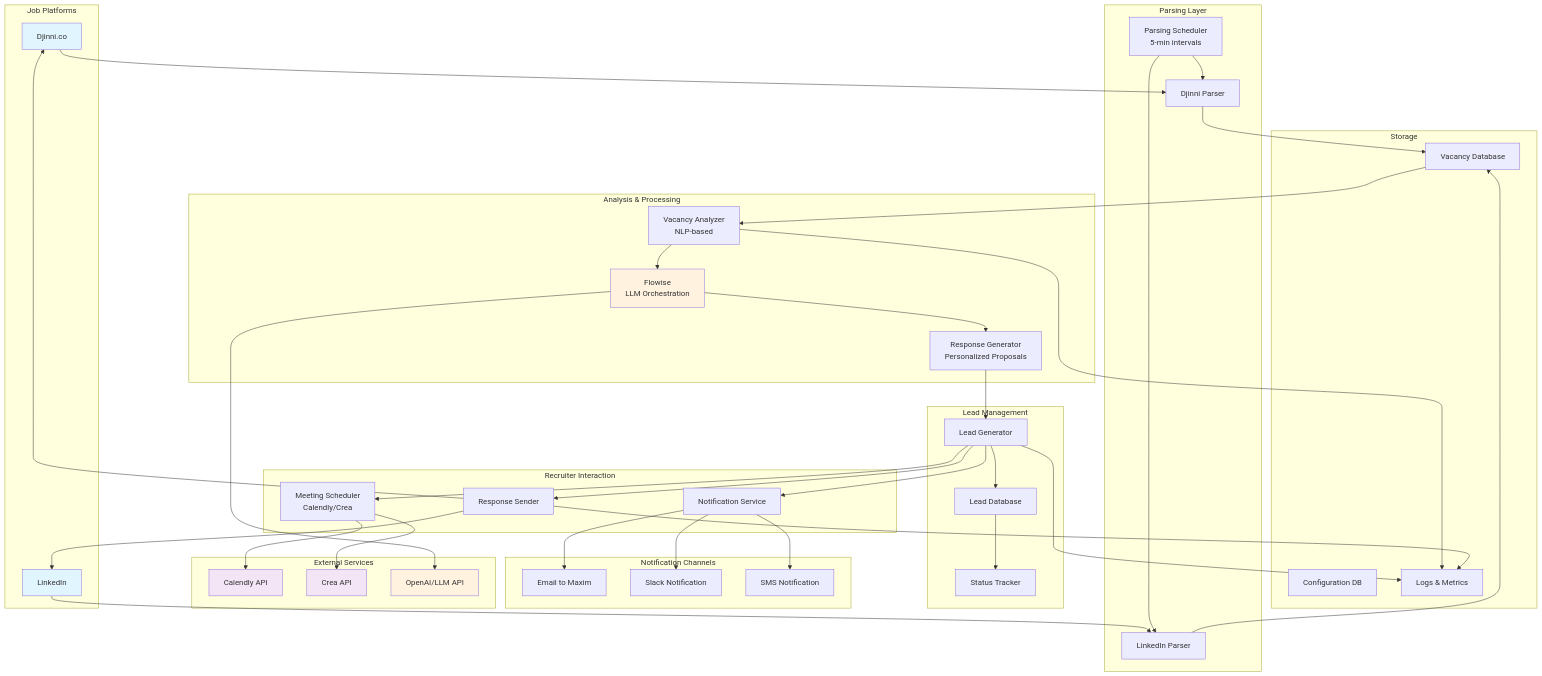
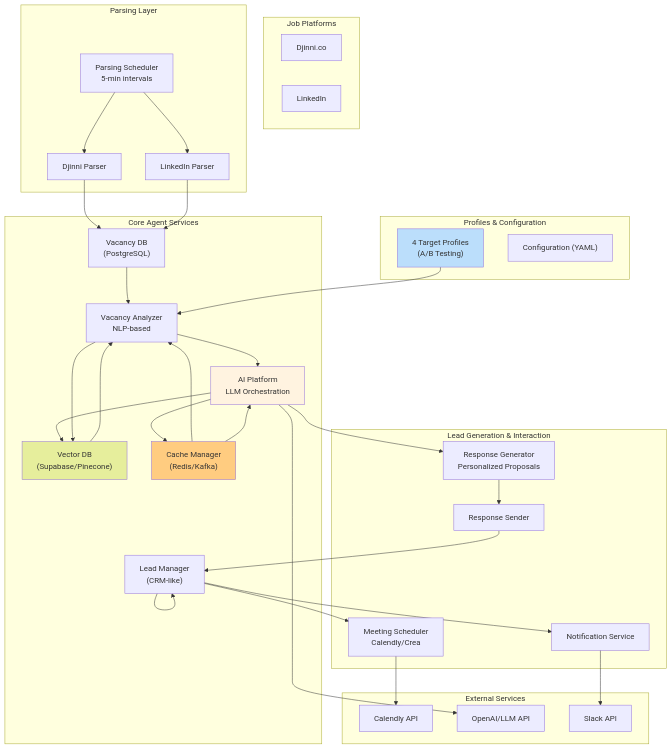
Before and after one commit to FlowNice/job-application-agent: the first of 2 diagrams in ARCHITECTURE_DIAGRAM.md, drawn with Mermaid. The commit also changed other lines of this file, not shown here.

Commit message:
Architecture Update: Added VectorDB, Caching, and 4 Target Profiles. Removed Flowise mentions.

````diff
--- a/ARCHITECTURE_DIAGRAM.md
+++ b/ARCHITECTURE_DIAGRAM.md
@@ -5,95 +5,83 @@
 ```mermaid
-graph TB
+graph TD
     subgraph "Job Platforms"
         Djinni["Djinni.co"]
         LinkedIn["LinkedIn"]
     end
     
     subgraph "Parsing Layer"
+        ParsingScheduler["Parsing Scheduler<br/>5-min intervals"]
         DjinniParser["Djinni Parser"]
         LinkedInParser["LinkedIn Parser"]
-        ParsingScheduler["Parsing Scheduler<br/>5-min intervals"]
     end
     
-    subgraph "Analysis & Processing"
+    subgraph "Core Agent Services"
         VacancyAnalyzer["Vacancy Analyzer<br/>NLP-based"]
-        FloWise["Flowise<br/>LLM Orchestration"]
-        ResponseGenerator["Response Generator<br/>Personalized Proposals"]
+        AIPlatform["AI Platform<br/>LLM Orchestration"]
+        VectorDB["Vector DB<br/>(Supabase/Pinecone)"]
+        CacheManager["Cache Manager<br/>(Redis/Kafka)"]
+        LeadManager["Lead Manager<br/>(CRM-like)"]
+        
+        VacancyDB["Vacancy DB<br/>(PostgreSQL)"]
+        
+        AIPlatform --> VectorDB
+        AIPlatform --> CacheManager
     end
     
-    subgraph "Lead Management"
-        LeadGenerator["Lead Generator"]
-        LeadDB["Lead Database"]
-        StatusTracker["Status Tracker"]
-    end
-    
-    subgraph "Recruiter Interaction"
+    subgraph "Lead Generation & Interaction"
+        ResponseGenerator["Response Generator<br/>Personalized Proposals"]
         ResponseSender["Response Sender"]
         MeetingScheduler["Meeting Scheduler<br/>Calendly/Crea"]
         NotificationService["Notification Service"]
     end
     
-    subgraph "Notification Channels"
-        MaximEmail["Email to Maxim"]
-        MaximSlack["Slack Notification"]
-        MaximSMS["SMS Notification"]
+    subgraph "Profiles & Configuration"
+        ProfileData["4 Target Profiles<br/>(A/B Testing)"]
+        Config["Configuration (YAML)"]
     end
     
     subgraph "External Services"
         Calendly["Calendly API"]
-        Crea["Crea API"]
         OpenAI["OpenAI/LLM API"]
+        Slack["Slack API"]
     end
     
-    subgraph "Storage"
-        VacancyDB["Vacancy Database"]
-        ConfigDB["Configuration DB"]
-        LogsStorage["Logs & Metrics"]
-    end
-    
-    %% Parsing connections
-    Djinni --> DjinniParser
-    LinkedIn --> LinkedInParser
+    %% Connections
     ParsingScheduler --> DjinniParser
     ParsingScheduler --> LinkedInParser
-    
-    %% Data flow
     DjinniParser --> VacancyDB
     LinkedInParser --> VacancyDB
     
     VacancyDB --> VacancyAnalyzer
-    VacancyAnalyzer --> FloWise
-    FloWise --> OpenAI
-    FloWise --> ResponseGenerator
+    ProfileData --> VacancyAnalyzer
     
-    ResponseGenerator --> LeadGenerator
-    LeadGenerator --> LeadDB
-    LeadDB --> StatusTracker
+    VacancyAnalyzer --> AIPlatform
+    AIPlatform --> OpenAI
     
-    %% Recruiter interaction
-    LeadGenerator --> ResponseSender
-    ResponseSender --> Djinni
-    ResponseSender --> LinkedIn
+    AIPlatform --> ResponseGenerator
     
-    LeadGenerator --> MeetingScheduler
+    ResponseGenerator --> ResponseSender
+    ResponseSender --> LeadManager
+    LeadManager --> NotificationService
+    LeadManager --> MeetingScheduler
+    
     MeetingScheduler --> Calendly
-    MeetingScheduler --> Crea
     
-    %% Notifications
-    LeadGenerator --> NotificationService
-    NotificationService --> MaximEmail
-    NotificationService --> MaximSlack
-    NotificationService --> MaximSMS
+    NotificationService --> Slack
     
-    %% Logging
-    VacancyAnalyzer --> LogsStorage
-    LeadGenerator --> LogsStorage
-    ResponseSender --> LogsStorage
+    CacheManager --> VacancyAnalyzer
+    CacheManager --> AIPlatform
     
-    style Djinni fill:#e1f5ff
-    style LinkedIn fill:#e1f5ff
-    style FloWise fill:#fff3e0
-    style OpenAI fill:#fff3e0
-    style Calendly fill:#f3e5f5
-    style Crea fill:#f3e5f5
+    style AIPlatform fill:#fff3e0
+    style VectorDB fill:#e6ee9c
+    style CacheManager fill:#ffcc80
+    style ProfileData fill:#bbdefb
+    
+    %% Data Flow
+    VacancyAnalyzer --> VectorDB
+    VectorDB --> VacancyAnalyzer
+    
+    %% Orchestration Flow
+    LeadManager --> LeadManager
+    
 ```
````
